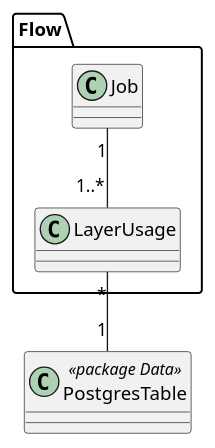
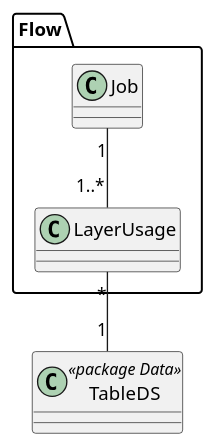
The diagram in code/doc/puml/src/flow.puml (sogis/simi), drawn with PlantUML before and after one commit. The commit also changed 3 other files, not shown here.

```diff
--- a/code/doc/puml/src/flow.puml
+++ b/code/doc/puml/src/flow.puml
@@ -1,11 +1,11 @@
 @startuml
-class "PostgresTable" as pgt << package Data >>
+class "TableDS" as tds << package Data >>
 
 package Flow {
   class "Job" as job
   class "LayerUsage" as lu
 }
 
 job "1" -- "1..*" lu
-lu "*" -- "1" pgt
+lu "*" -- "1" tds
 @enduml
```
